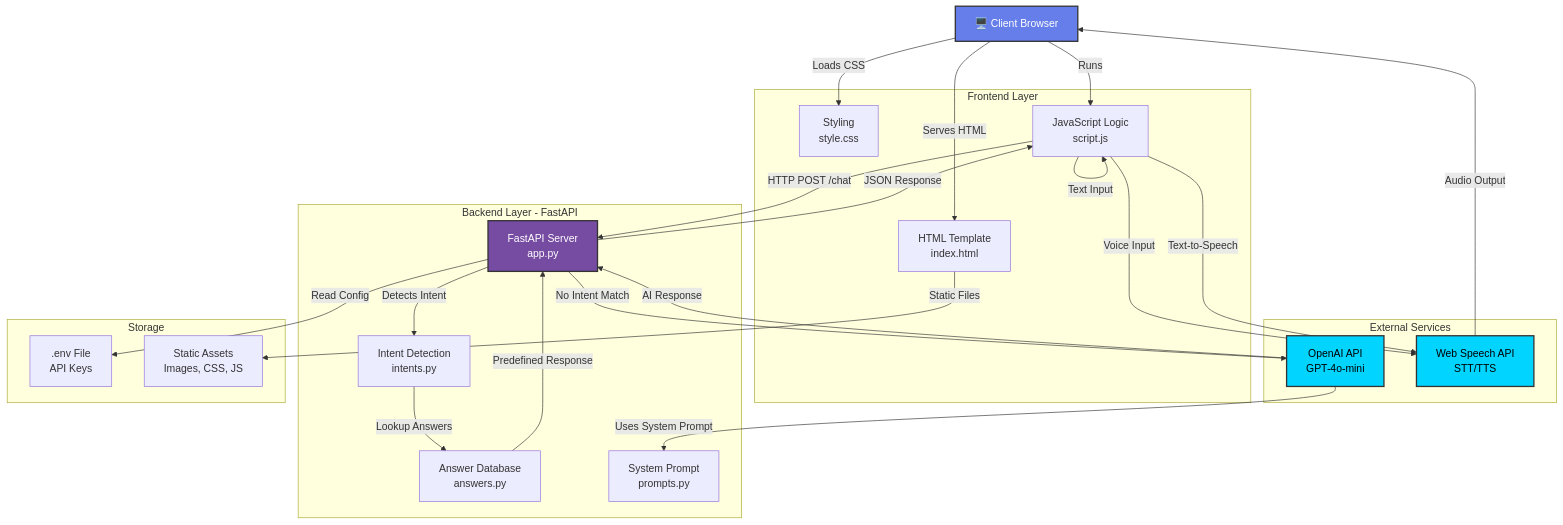
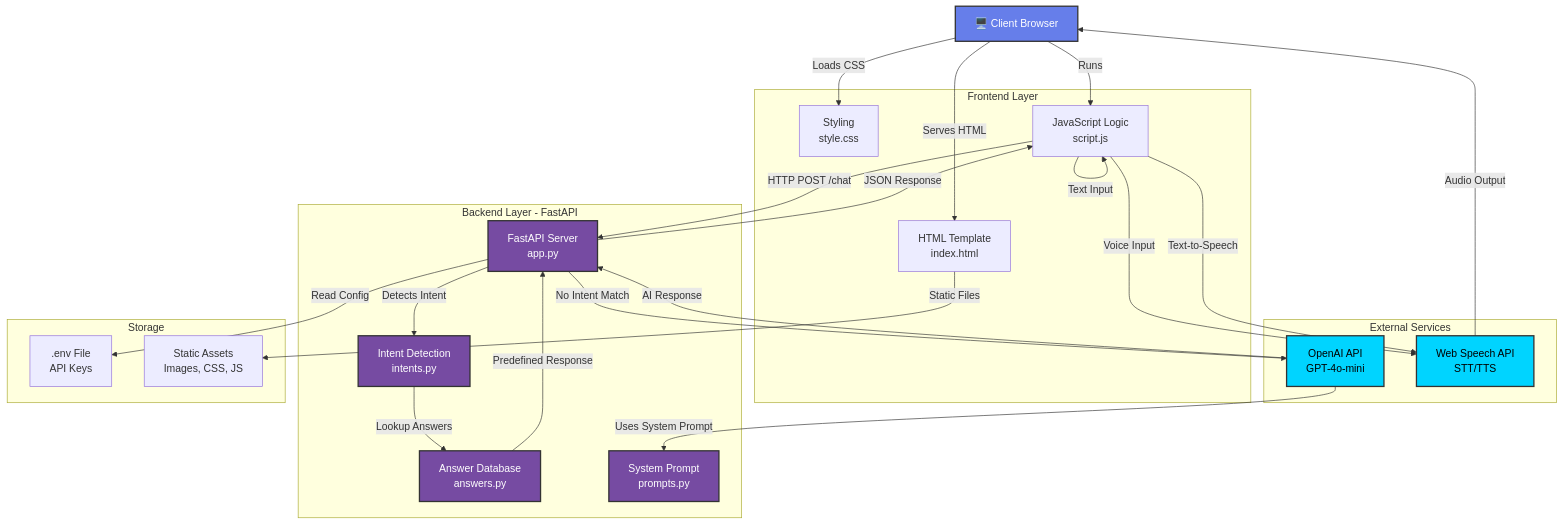
The first of 2 diagrams in README.md (TheNitinChauhan/voice-interview-bot), drawn with Mermaid before and after one commit.

Commit message:
Refactor user flow diagram styles for improved clarity and organization

````diff
--- a/README.md
+++ b/README.md
@@ -76,54 +76,57 @@
 ```mermaid
 graph TB
     Client["🖥️ Client Browser"]
     
     subgraph Frontend["Frontend Layer"]
         HTML["HTML Template<br/>index.html"]
         CSS["Styling<br/>style.css"]
         JS["JavaScript Logic<br/>script.js"]
     end
     
     subgraph Backend["Backend Layer - FastAPI"]
         API["FastAPI Server<br/>app.py"]
         IntentDetector["Intent Detection<br/>intents.py"]
         AnswerDB["Answer Database<br/>answers.py"]
         Prompts["System Prompt<br/>prompts.py"]
     end
     
     subgraph External["External Services"]
         OpenAI["OpenAI API<br/>GPT-4o-mini"]
         WebSpeech["Web Speech API<br/>STT/TTS"]
     end
     
     subgraph Storage["Storage"]
         Env[".env File<br/>API Keys"]
         StaticFiles["Static Assets<br/>Images, CSS, JS"]
     end
     
     Client -->|Serves HTML| HTML
     Client -->|Loads CSS| CSS
     Client -->|Runs| JS
     
     JS -->|Voice Input| WebSpeech
     JS -->|Text Input| JS
     JS -->|HTTP POST /chat| API
     
     API -->|Detects Intent| IntentDetector
     IntentDetector -->|Lookup Answers| AnswerDB
     AnswerDB -->|Predefined Response| API
     API -->|No Intent Match| OpenAI
     OpenAI -->|Uses System Prompt| Prompts
     OpenAI -->|AI Response| API
     
     API -->|JSON Response| JS
     JS -->|Text-to-Speech| WebSpeech
     WebSpeech -->|Audio Output| Client
     
     API -->|Read Config| Env
     HTML -->|Static Files| StaticFiles
 
-    style Client fill:#667eea,stroke:#333,stroke-width:2px,color:#fff
-    style API fill:#764ba2,stroke:#333,stroke-width:2px,color:#fff
-    style OpenAI fill:#00d4ff,stroke:#333,stroke-width:2px,color:#000
-    style WebSpeech fill:#00d4ff,stroke:#333,stroke-width:2px,color:#000
+    classDef client fill:#667eea,stroke:#333,stroke-width:2px,color:#fff
+    classDef backend fill:#764ba2,stroke:#333,stroke-width:2px,color:#fff
+    classDef external fill:#00d4ff,stroke:#333,stroke-width:2px,color:#000
+    
+    class Client client
+    class API,IntentDetector,AnswerDB,Prompts backend
+    class OpenAI,WebSpeech external
 ```
````
